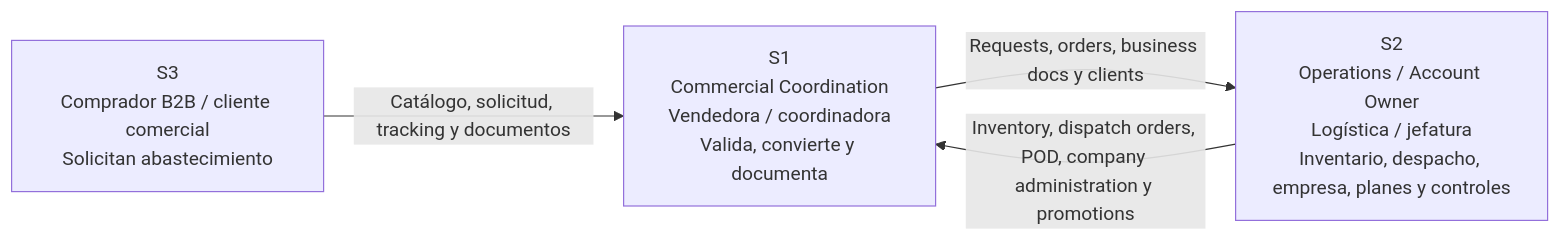
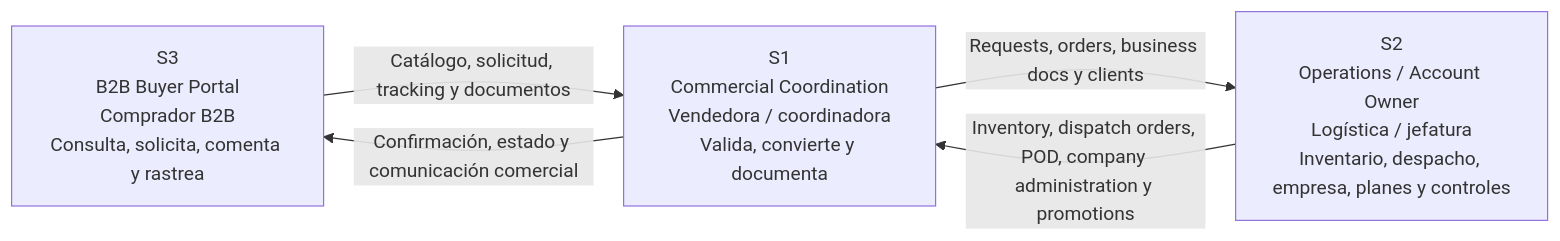
Before and after one commit to upc-pre-202610-1asi0730-12242-king/nexa-ecosystem-report: the first of 4 diagrams in report/10-chapter-1-introduction/1-3-target-segments.md, drawn with Mermaid. The commit also changed other lines of this file and 1 other file, not shown here.

````diff
--- a/report/10-chapter-1-introduction/1-3-target-segments.md
+++ b/report/10-chapter-1-introduction/1-3-target-segments.md
@@ -35,11 +38,11 @@
 ```mermaid
 flowchart LR
     SEG3["S3\nB2B Buyer Portal\nComprador B2B\nConsulta, solicita, comenta y rastrea"]
     SEG1["S1\nCommercial Coordination\nVendedora / coordinadora\nValida, convierte y documenta"]
     SEG2["S2\nOperations / Account Owner\nLogística / jefatura\nInventario, despacho, empresa, planes y controles"]
 
     SEG3 -->|Catálogo, solicitud, tracking y documentos| SEG1
     SEG1 -->|Requests, orders, business docs y clients| SEG2
     SEG2 -->|Inventory, dispatch orders, POD, company administration y promotions| SEG1
-    SEG3["S3\nComprador B2B / cliente comercial\nSolicitan abastecimiento"]
+    SEG1 -->|Confirmación, estado y comunicación comercial| SEG3
 ```
````
